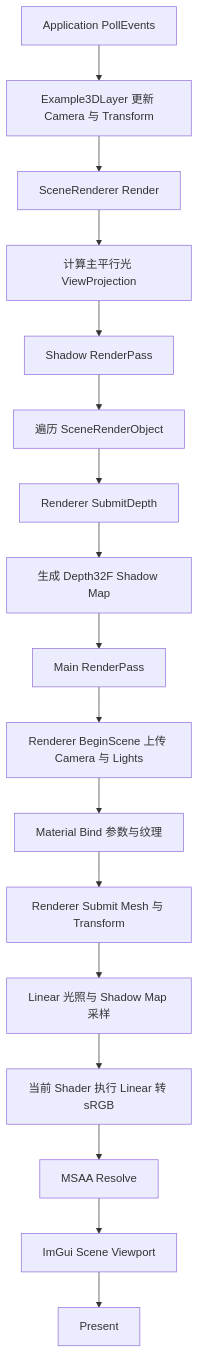
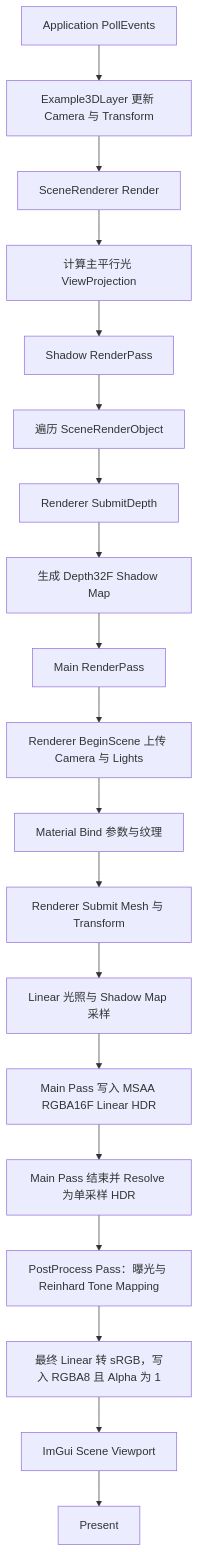
The first of 3 diagrams in README.md (JackDowson2003/Limen-Engine), drawn with Mermaid before and after one commit. The commit also changed other lines of this file and 22 other files, not shown here.

First line of the commit message:
增加RGBA16F,支持HDR 新增PostProcessPipeline 新增后处理的RenderPass FBO VAO 新增不依赖场景相机和物体变换的全屏几何 新增项目测试入口 修改错误的脚本文件 新增测试project，测试了sRGB to Linear的函数是否正确 feat(renderer): 接入 HDR 后处理管线与基础测试

````diff
--- a/README.md
+++ b/README.md
@@ -371,19 +383,21 @@
 ```mermaid
 flowchart TD
     A[Application PollEvents] --> B[Example3DLayer 更新 Camera 与 Transform]
     B --> C[SceneRenderer Render]
     C --> D[计算主平行光 ViewProjection]
     D --> E[Shadow RenderPass]
     E --> F[遍历 SceneRenderObject]
     F --> G[Renderer SubmitDepth]
     G --> H[生成 Depth32F Shadow Map]
     H --> I[Main RenderPass]
     I --> J[Renderer BeginScene 上传 Camera 与 Lights]
     J --> K[Material Bind 参数与纹理]
     K --> L[Renderer Submit Mesh 与 Transform]
     L --> M[Linear 光照与 Shadow Map 采样]
-    M --> N[当前 Shader 执行 Linear 转 sRGB]
-    N --> O[MSAA Resolve]
-    O --> P[ImGui Scene Viewport]
-    P --> Q[Present]
+    M --> N[Main Pass 写入 MSAA RGBA16F Linear HDR]
+    N --> O[Main Pass 结束并 Resolve 为单采样 HDR]
+    O --> P[PostProcess Pass：曝光与 Reinhard Tone Mapping]
+    P --> Q[最终 Linear 转 sRGB，写入 RGBA8 且 Alpha 为 1]
+    Q --> R[ImGui Scene Viewport]
+    R --> S[Present]
 ```
````
